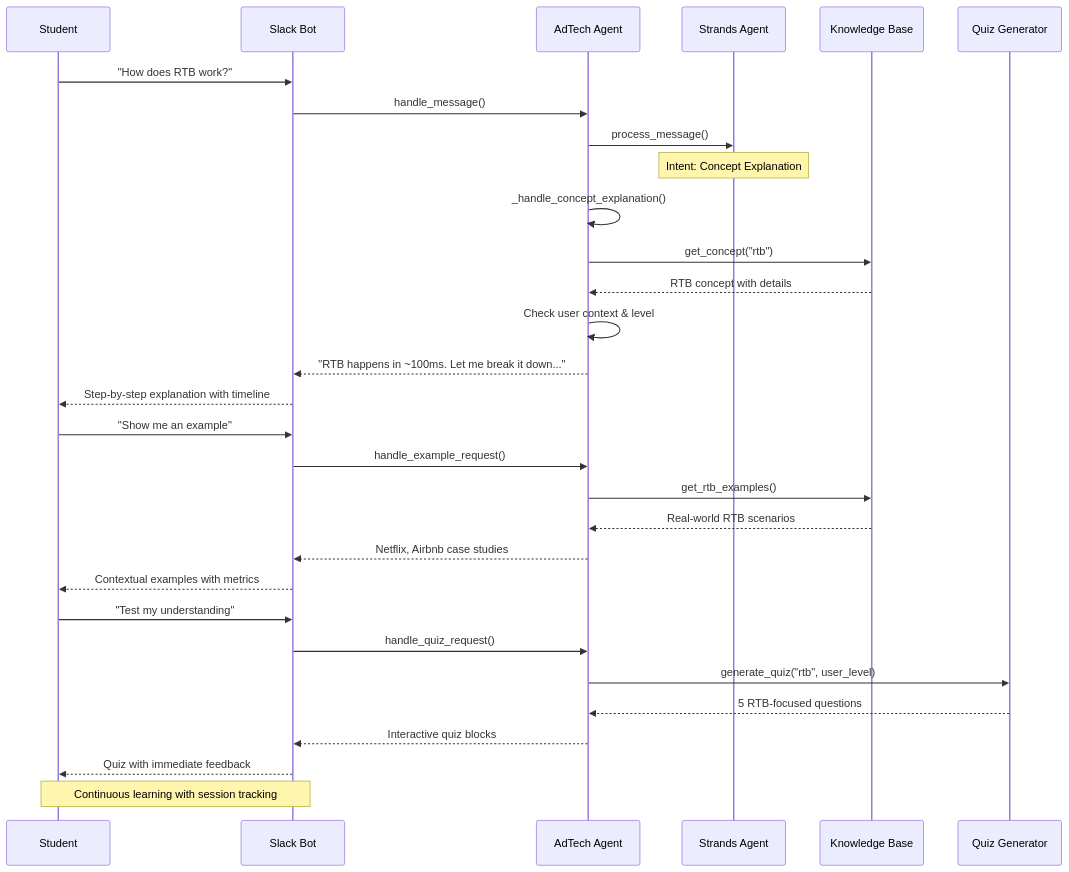
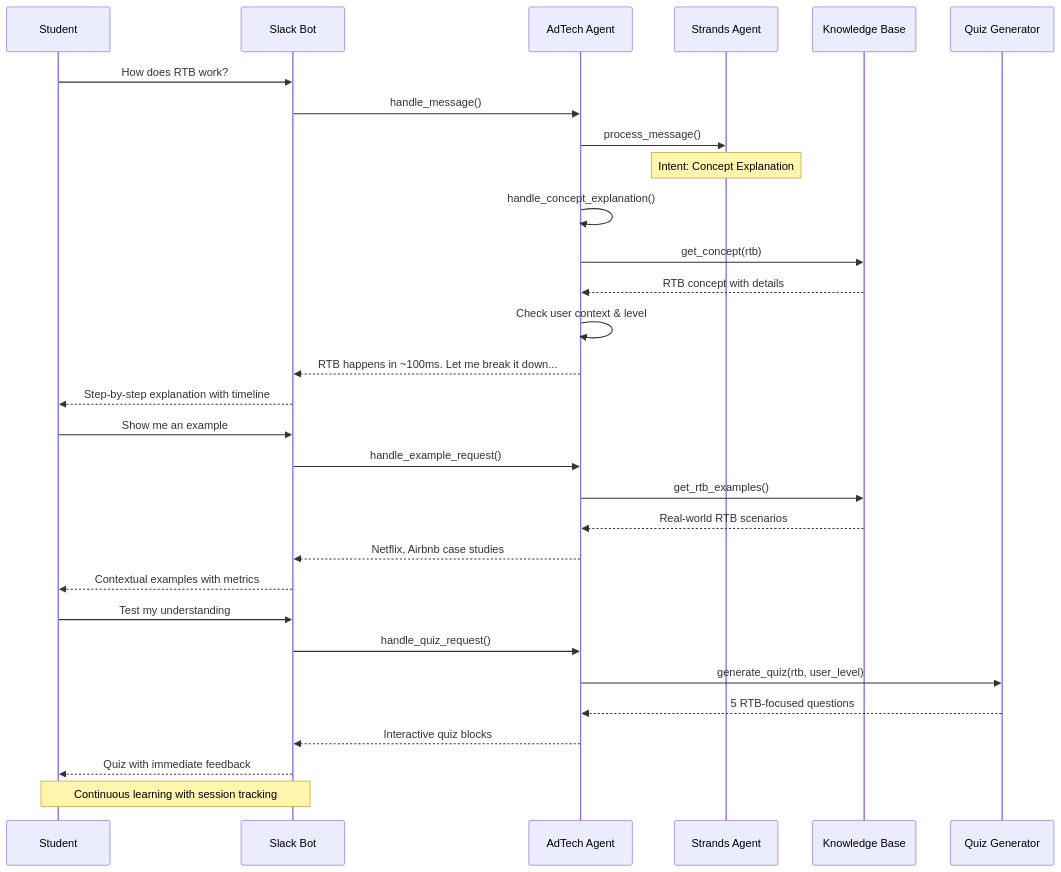
The seventh of 14 diagrams in blog_post.md (bkeelapudi/Adtech-tech-teaching-assistant), drawn with Mermaid before and after one commit. The commit also changed other lines of this file, not shown here.

````diff
--- a/blog_post.md
+++ b/blog_post.md
@@ -395,38 +395,38 @@
 ```mermaid
 sequenceDiagram
     participant S as Student
     participant SB as Slack Bot
     participant A as AdTech Agent
     participant SA as Strands Agent
     participant KB as Knowledge Base
     participant QG as Quiz Generator
     
-    S->>SB: "How does RTB work?"
+    S->>SB: How does RTB work?
     SB->>A: handle_message()
     A->>SA: process_message()
     
     Note over SA: Intent: Concept Explanation
-    A->>A: _handle_concept_explanation()
-    A->>KB: get_concept("rtb")
+    A->>A: handle_concept_explanation()
+    A->>KB: get_concept(rtb)
     KB-->>A: RTB concept with details
     
     A->>A: Check user context & level
-    A-->>SB: "RTB happens in ~100ms. Let me break it down..."
+    A-->>SB: RTB happens in ~100ms. Let me break it down...
     SB-->>S: Step-by-step explanation with timeline
     
-    S->>SB: "Show me an example"
+    S->>SB: Show me an example
     SB->>A: handle_example_request()
     A->>KB: get_rtb_examples()
     KB-->>A: Real-world RTB scenarios
     A-->>SB: Netflix, Airbnb case studies
     SB-->>S: Contextual examples with metrics
     
-    S->>SB: "Test my understanding"
+    S->>SB: Test my understanding
     SB->>A: handle_quiz_request()
-    A->>QG: generate_quiz("rtb", user_level)
+    A->>QG: generate_quiz(rtb, user_level)
     QG-->>A: 5 RTB-focused questions
     A-->>SB: Interactive quiz blocks
     SB-->>S: Quiz with immediate feedback
     
     Note over S,SB: Continuous learning with session tracking
 ```
````
